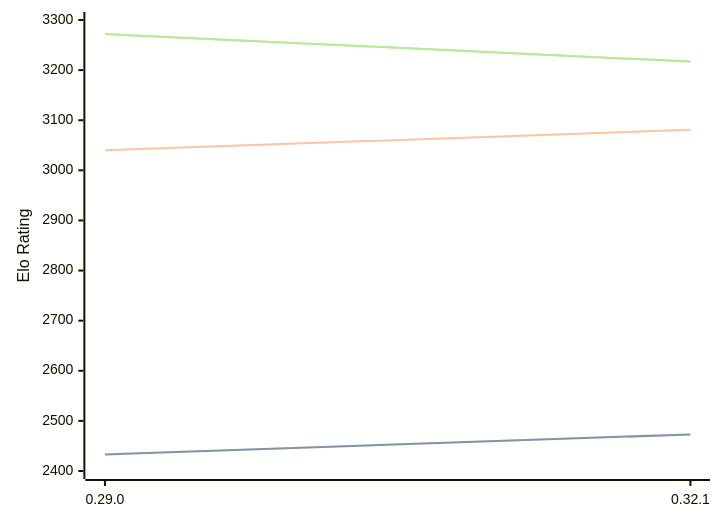
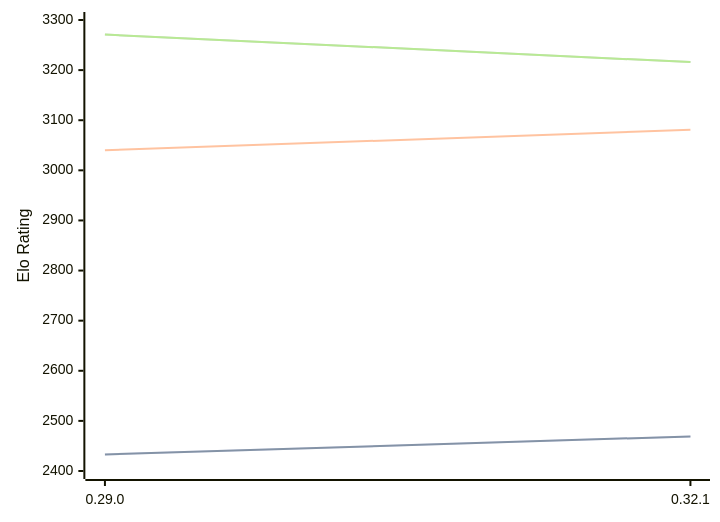
Before and after one commit to computer-chess-index/cci: the diagram in engines/Lc0.md, drawn with Mermaid. The commit also changed other lines of this file, not shown here.

Commit message:
Update CCI Ratings (ELO VLTC) - 2026-03-04

````diff
--- a/engines/Lc0.md
+++ b/engines/Lc0.md
@@ -66,11 +66,11 @@
 ```mermaid
 %%{init: {"theme":"base","themeVariables":{"seriesColors:['#a3a3a3','#222221','#faa371']}}}%%
 xychart-beta
   x-axis ["0.29.0", "0.32.1"]
   y-axis "Elo Rating" 2400 --> 3300
-  line "STC (8.0+0.08s)" [2433, 2473]
-  line "STC (8.0+0.08s)" [2433, 2473]
+  line "STC (8.0+0.08s)" [2433, 2469]
+  line "STC (8.0+0.08s)" [2433, 2469]
   line "LTC (60.0+0.60s)" [3040, 3081]
-  line "VLTC (2m24s+1.12s)" [3272, 3217]
-  line "VLTC (2m24s+1.12s)" [3272, 3217]
+  line "VLTC (2m24s+1.12s)" [3271, 3216]
+  line "VLTC (2m24s+1.12s)" [3271, 3216]
 ```
````
